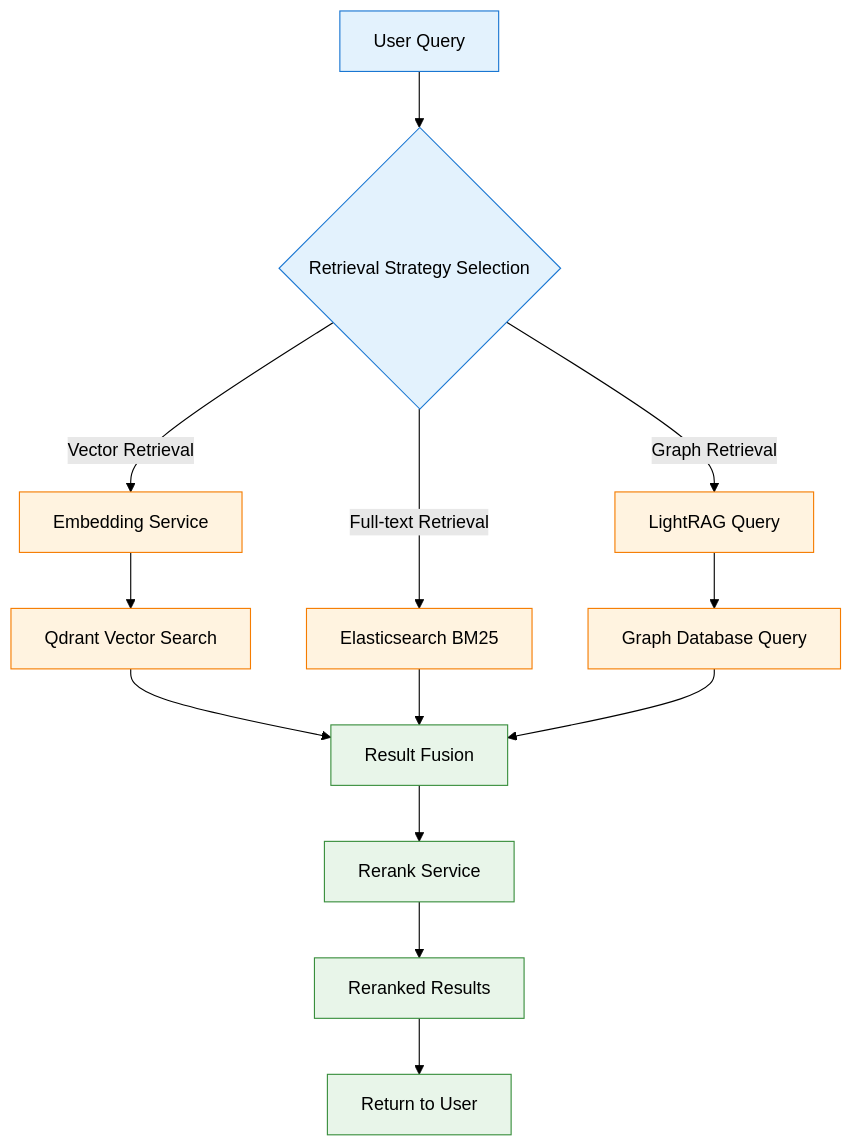
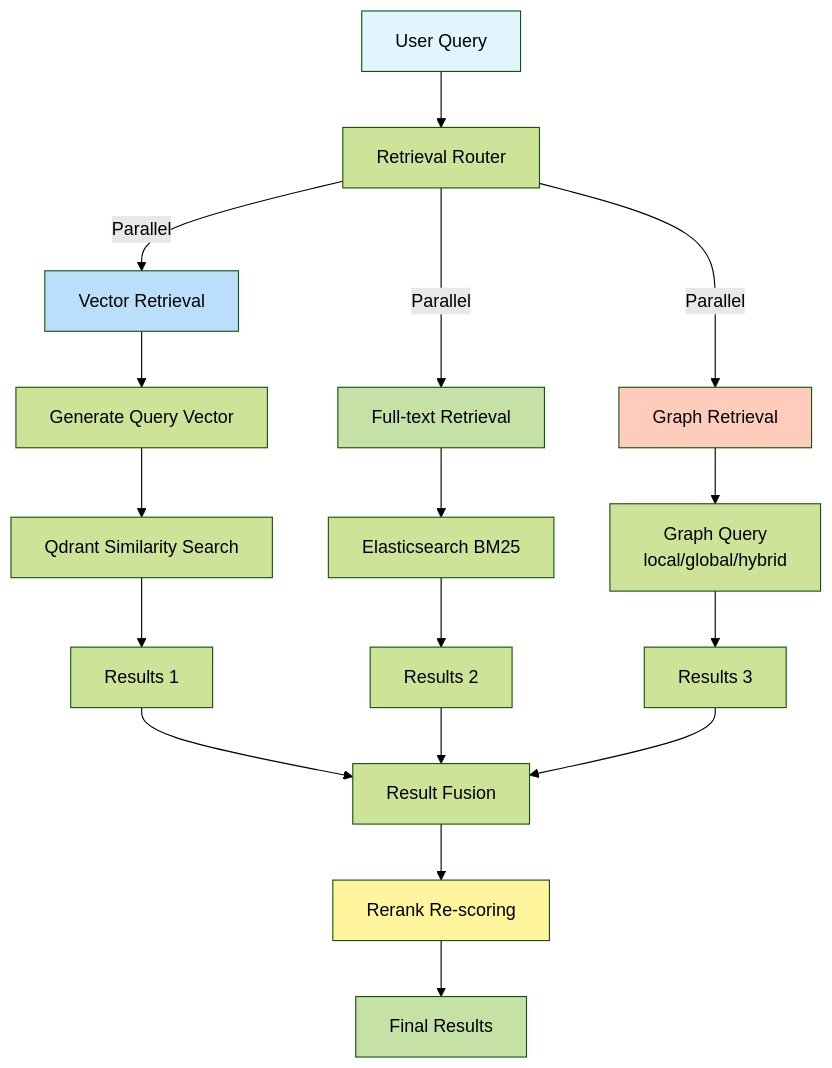
One commit to ruah0807/ApeRAG changed the ninth of 13 diagrams in docs/en-US/design/architecture.md. Above: the diagram before and after it, drawn with Mermaid (forest theme). The commit also changed other lines of this file and 5 other files, not shown here.

Commit message:
feat: update architecture docs (#1431)

````diff
--- a/docs/en-US/design/architecture.md
+++ b/docs/en-US/design/architecture.md
@@ -448,29 +395,32 @@
 ```mermaid
-graph TB
-    A[User Query] --> B{Retrieval Strategy Selection}
+flowchart TB
+    Query[User Query] --> Router[Retrieval Router]
     
-    B -->|Vector Retrieval| C[Embedding Service]
-    C --> D[Qdrant Vector Search]
+    Router --> |Parallel| Vector[Vector Retrieval]
+    Router --> |Parallel| Fulltext[Full-text Retrieval]
+    Router --> |Parallel| Graph[Graph Retrieval]
     
-    B -->|Full-text Retrieval| E[Elasticsearch BM25]
+    Vector --> Embed[Generate Query Vector]
+    Embed --> QdrantSearch[Qdrant Similarity Search]
+    QdrantSearch --> R1[Results 1]
     
-    B -->|Graph Retrieval| F[LightRAG Query]
-    F --> G[Graph Database Query]
+    Fulltext --> ESSearch[Elasticsearch BM25]
+    ESSearch --> R2[Results 2]
     
-    D --> H[Result Fusion]
-    E --> H
-    G --> H
+    Graph --> GraphQuery[Graph Query<br/>local/global/hybrid]
+    GraphQuery --> R3[Results 3]
     
-    H --> I[Rerank Service]
-    I --> J[Reranked Results]
+    R1 --> Merge[Result Fusion]
+    R2 --> Merge
+    R3 --> Merge
     
-    J --> K[Return to User]
+    Merge --> Rerank[Rerank Re-scoring]
+    Rerank --> Final[Final Results]
     
-    classDef query fill:#e3f2fd,stroke:#1976d2
-    classDef retrieval fill:#fff3e0,stroke:#f57c00
-    classDef fusion fill:#e8f5e9,stroke:#388e3c
-    
-    class A,B query
-    class C,D,E,F,G retrieval
-    class H,I,J,K fusion
+    style Query fill:#e1f5ff
+    style Vector fill:#bbdefb
+    style Fulltext fill:#c5e1a5
+    style Graph fill:#ffccbc
+    style Rerank fill:#fff59d
+    style Final fill:#c5e1a5
 ```
````
